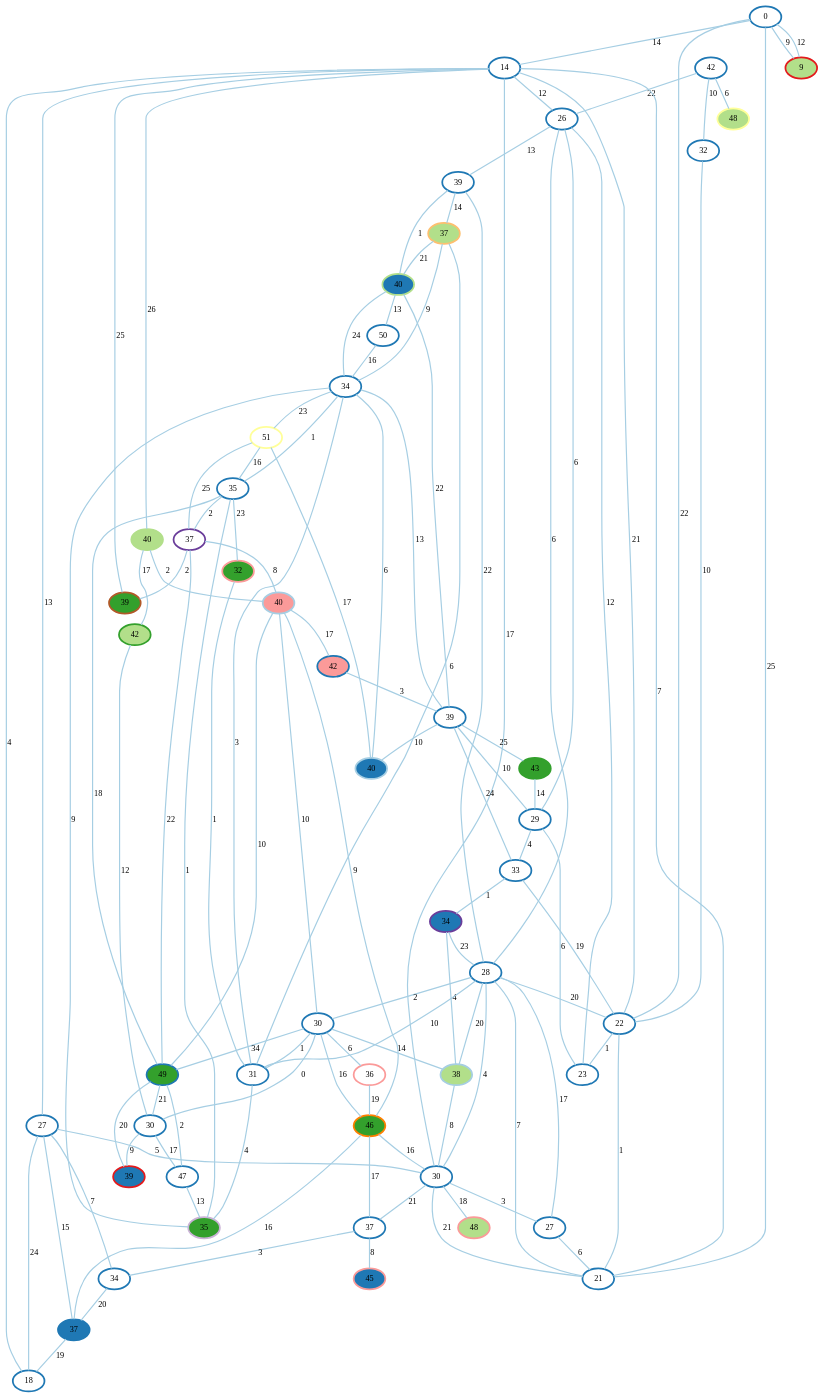
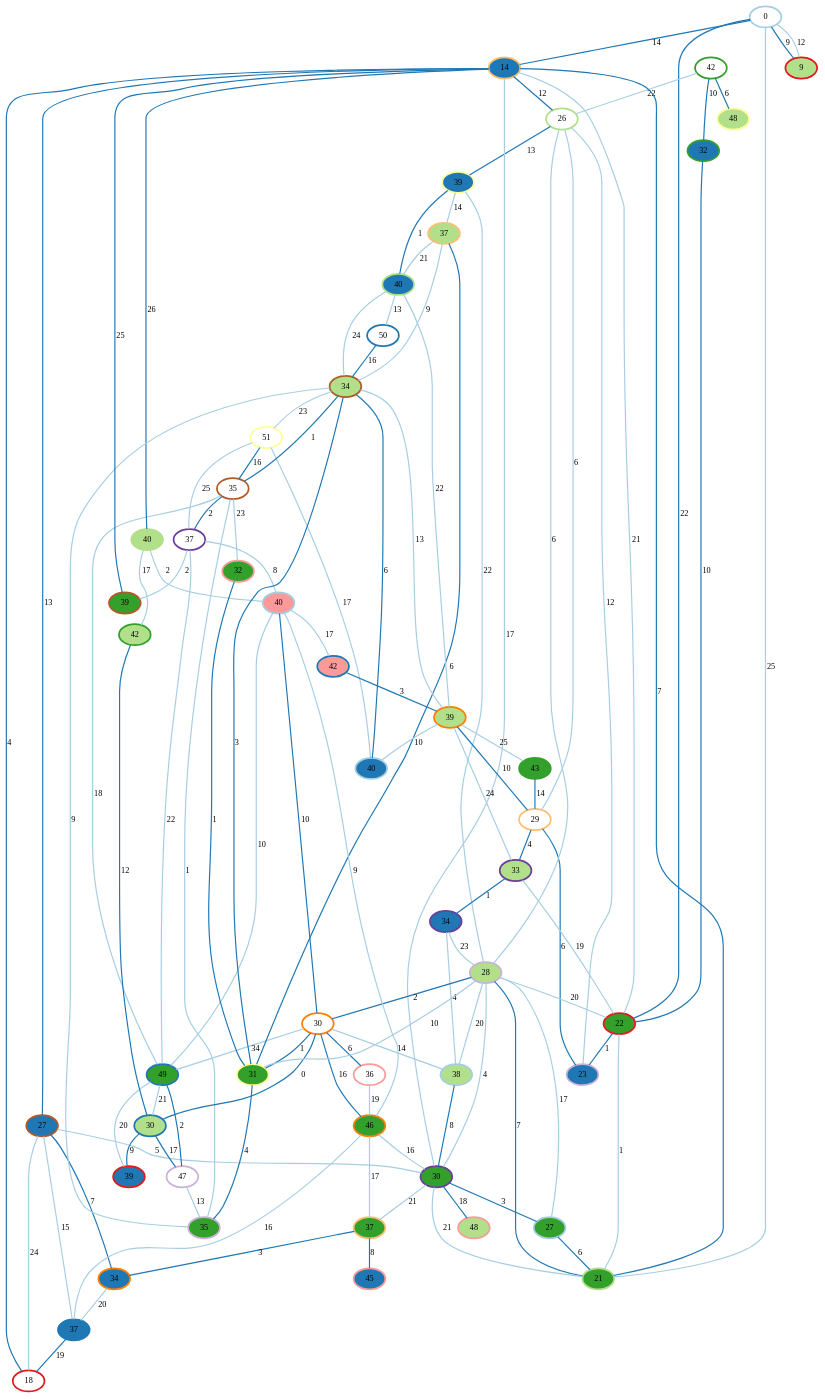
One commit to Pieterjaninfo/DSEA changed the diagram in resources/made_graphs/BellmanFordUndirected graph5.gr.dot. Above: the diagram before and after it, drawn with Graphviz. The commit also changed 9 other files, not shown here.

```diff
--- a/resources/made_graphs/BellmanFordUndirected graph5.gr.dot
+++ b/resources/made_graphs/BellmanFordUndirected graph5.gr.dot
@@ -1,159 +1,159 @@
 graph G {
-    0 [penwidth=3,label="0",color=2, colorscheme=paired12]
+    0 [penwidth=3,label="0",color=1, colorscheme=paired12]
     1 [penwidth=3,label="50",color=2, colorscheme=paired12]
-    2 [penwidth=3,label="26",color=2, colorscheme=paired12]
-    3 [penwidth=3,label="42",color=2, colorscheme=paired12]
+    2 [penwidth=3,label="26",color=3, colorscheme=paired12]
+    3 [penwidth=3,label="42",color=4, colorscheme=paired12]
     4 [penwidth=3,label="36",color=5, colorscheme=paired12]
-    5 [penwidth=3,label="18",color=2, colorscheme=paired12]
-    6 [penwidth=3,label="29",color=2, colorscheme=paired12]
-    7 [penwidth=3,label="30",color=2, colorscheme=paired12]
-    8 [penwidth=3,label="47",color=2, colorscheme=paired12]
+    5 [penwidth=3,label="18",color=6, colorscheme=paired12]
+    6 [penwidth=3,label="29",color=7, colorscheme=paired12]
+    7 [penwidth=3,label="30",color=8, colorscheme=paired12]
+    8 [penwidth=3,label="47",color=9, colorscheme=paired12]
     9 [penwidth=3,label="37",color=10, colorscheme=paired12]
     10 [penwidth=3,label="51",color=11, colorscheme=paired12]
-    11 [penwidth=3,label="35",color=2, colorscheme=paired12]
+    11 [penwidth=3,label="35",color=12, colorscheme=paired12]
     12 [penwidth=3,label="40",color=1, colorscheme=paired12,style=filled,fillcolor=2]
     13 [penwidth=3,label="37",color=2, colorscheme=paired12,style=filled,fillcolor=2]
     14 [penwidth=3,label="40",color=3, colorscheme=paired12,style=filled,fillcolor=2]
-    15 [penwidth=3,label="32",color=2, colorscheme=paired12]
+    15 [penwidth=3,label="32",color=4, colorscheme=paired12,style=filled,fillcolor=2]
     16 [penwidth=3,label="45",color=5, colorscheme=paired12,style=filled,fillcolor=2]
     17 [penwidth=3,label="39",color=6, colorscheme=paired12,style=filled,fillcolor=2]
-    18 [penwidth=3,label="14",color=2, colorscheme=paired12]
-    19 [penwidth=3,label="34",color=2, colorscheme=paired12]
-    20 [penwidth=3,label="23",color=2, colorscheme=paired12]
+    18 [penwidth=3,label="14",color=7, colorscheme=paired12,style=filled,fillcolor=2]
+    19 [penwidth=3,label="34",color=8, colorscheme=paired12,style=filled,fillcolor=2]
+    20 [penwidth=3,label="23",color=9, colorscheme=paired12,style=filled,fillcolor=2]
     21 [penwidth=3,label="34",color=10, colorscheme=paired12,style=filled,fillcolor=2]
-    22 [penwidth=3,label="39",color=2, colorscheme=paired12]
-    23 [penwidth=3,label="27",color=2, colorscheme=paired12]
+    22 [penwidth=3,label="39",color=11, colorscheme=paired12,style=filled,fillcolor=2]
+    23 [penwidth=3,label="27",color=12, colorscheme=paired12,style=filled,fillcolor=2]
     24 [penwidth=3,label="38",color=1, colorscheme=paired12,style=filled,fillcolor=3]
-    25 [penwidth=3,label="30",color=2, colorscheme=paired12]
+    25 [penwidth=3,label="30",color=2, colorscheme=paired12,style=filled,fillcolor=3]
     26 [penwidth=3,label="40",color=3, colorscheme=paired12,style=filled,fillcolor=3]
     27 [penwidth=3,label="42",color=4, colorscheme=paired12,style=filled,fillcolor=3]
     28 [penwidth=3,label="48",color=5, colorscheme=paired12,style=filled,fillcolor=3]
     29 [penwidth=3,label="9",color=6, colorscheme=paired12,style=filled,fillcolor=3]
     30 [penwidth=3,label="37",color=7, colorscheme=paired12,style=filled,fillcolor=3]
-    31 [penwidth=3,label="39",color=2, colorscheme=paired12]
-    32 [penwidth=3,label="28",color=2, colorscheme=paired12]
-    33 [penwidth=3,label="33",color=2, colorscheme=paired12]
+    31 [penwidth=3,label="39",color=8, colorscheme=paired12,style=filled,fillcolor=3]
+    32 [penwidth=3,label="28",color=9, colorscheme=paired12,style=filled,fillcolor=3]
+    33 [penwidth=3,label="33",color=10, colorscheme=paired12,style=filled,fillcolor=3]
     34 [penwidth=3,label="48",color=11, colorscheme=paired12,style=filled,fillcolor=3]
-    35 [penwidth=3,label="34",color=2, colorscheme=paired12]
-    36 [penwidth=3,label="27",color=2, colorscheme=paired12]
+    35 [penwidth=3,label="34",color=12, colorscheme=paired12,style=filled,fillcolor=3]
+    36 [penwidth=3,label="27",color=1, colorscheme=paired12,style=filled,fillcolor=4]
     37 [penwidth=3,label="49",color=2, colorscheme=paired12,style=filled,fillcolor=4]
-    38 [penwidth=3,label="21",color=2, colorscheme=paired12]
+    38 [penwidth=3,label="21",color=3, colorscheme=paired12,style=filled,fillcolor=4]
     39 [penwidth=3,label="43",color=4, colorscheme=paired12,style=filled,fillcolor=4]
     40 [penwidth=3,label="32",color=5, colorscheme=paired12,style=filled,fillcolor=4]
-    41 [penwidth=3,label="22",color=2, colorscheme=paired12]
-    42 [penwidth=3,label="37",color=2, colorscheme=paired12]
+    41 [penwidth=3,label="22",color=6, colorscheme=paired12,style=filled,fillcolor=4]
+    42 [penwidth=3,label="37",color=7, colorscheme=paired12,style=filled,fillcolor=4]
     43 [penwidth=3,label="46",color=8, colorscheme=paired12,style=filled,fillcolor=4]
     44 [penwidth=3,label="35",color=9, colorscheme=paired12,style=filled,fillcolor=4]
-    45 [penwidth=3,label="30",color=2, colorscheme=paired12]
-    46 [penwidth=3,label="31",color=2, colorscheme=paired12]
+    45 [penwidth=3,label="30",color=10, colorscheme=paired12,style=filled,fillcolor=4]
+    46 [penwidth=3,label="31",color=11, colorscheme=paired12,style=filled,fillcolor=4]
     47 [penwidth=3,label="39",color=12, colorscheme=paired12,style=filled,fillcolor=4]
     48 [penwidth=3,label="40",color=1, colorscheme=paired12,style=filled,fillcolor=5]
     49 [penwidth=3,label="42",color=2, colorscheme=paired12,style=filled,fillcolor=5]
 
-    11--9 [penwidth=2,label="2",color=1, colorscheme=paired12]
+    11--9 [penwidth=2,label="2",color=2, colorscheme=paired12]
     9--47 [penwidth=2,label="2",color=1, colorscheme=paired12]
     0--29 [penwidth=2,label="12",color=1, colorscheme=paired12]
     43--45 [penwidth=2,label="16",color=1, colorscheme=paired12]
     10--9 [penwidth=2,label="25",color=1, colorscheme=paired12]
-    3--15 [penwidth=2,label="10",color=1, colorscheme=paired12]
+    3--15 [penwidth=2,label="10",color=2, colorscheme=paired12]
     48--49 [penwidth=2,label="17",color=1, colorscheme=paired12]
     22--32 [penwidth=2,label="22",color=1, colorscheme=paired12]
-    33--21 [penwidth=2,label="1",color=1, colorscheme=paired12]
-    18--26 [penwidth=2,label="26",color=1, colorscheme=paired12]
+    33--21 [penwidth=2,label="1",color=2, colorscheme=paired12]
+    18--26 [penwidth=2,label="26",color=2, colorscheme=paired12]
     26--27 [penwidth=2,label="17",color=1, colorscheme=paired12]
-    49--31 [penwidth=2,label="3",color=1, colorscheme=paired12]
+    49--31 [penwidth=2,label="3",color=2, colorscheme=paired12]
     18--45 [penwidth=2,label="17",color=1, colorscheme=paired12]
     35--14 [penwidth=2,label="24",color=1, colorscheme=paired12]
-    48--7 [penwidth=2,label="10",color=1, colorscheme=paired12]
-    7--46 [penwidth=2,label="1",color=1, colorscheme=paired12]
-    11--35 [penwidth=2,label="1",color=1, colorscheme=paired12]
-    47--18 [penwidth=2,label="25",color=1, colorscheme=paired12]
+    48--7 [penwidth=2,label="10",color=2, colorscheme=paired12]
+    7--46 [penwidth=2,label="1",color=2, colorscheme=paired12]
+    11--35 [penwidth=2,label="1",color=2, colorscheme=paired12]
+    47--18 [penwidth=2,label="25",color=2, colorscheme=paired12]
     32--46 [penwidth=2,label="10",color=1, colorscheme=paired12]
-    36--38 [penwidth=2,label="6",color=1, colorscheme=paired12]
+    36--38 [penwidth=2,label="6",color=2, colorscheme=paired12]
     31--14 [penwidth=2,label="22",color=1, colorscheme=paired12]
-    45--28 [penwidth=2,label="18",color=1, colorscheme=paired12]
+    45--28 [penwidth=2,label="18",color=2, colorscheme=paired12]
     37--25 [penwidth=2,label="21",color=1, colorscheme=paired12]
     21--32 [penwidth=2,label="23",color=1, colorscheme=paired12]
-    25--17 [penwidth=2,label="9",color=1, colorscheme=paired12]
-    18--5 [penwidth=2,label="4",color=1, colorscheme=paired12]
+    25--17 [penwidth=2,label="9",color=2, colorscheme=paired12]
+    18--5 [penwidth=2,label="4",color=2, colorscheme=paired12]
     11--37 [penwidth=2,label="18",color=1, colorscheme=paired12]
     7--24 [penwidth=2,label="14",color=1, colorscheme=paired12]
     31--33 [penwidth=2,label="24",color=1, colorscheme=paired12]
-    32--7 [penwidth=2,label="2",color=1, colorscheme=paired12]
+    32--7 [penwidth=2,label="2",color=2, colorscheme=paired12]
     45--38 [penwidth=2,label="21",color=1, colorscheme=paired12]
-    38--18 [penwidth=2,label="7",color=1, colorscheme=paired12]
-    20--6 [penwidth=2,label="6",color=1, colorscheme=paired12]
-    6--33 [penwidth=2,label="4",color=1, colorscheme=paired12]
-    25--7 [penwidth=2,label="0",color=1, colorscheme=paired12]
+    38--18 [penwidth=2,label="7",color=2, colorscheme=paired12]
+    20--6 [penwidth=2,label="6",color=2, colorscheme=paired12]
+    6--33 [penwidth=2,label="4",color=2, colorscheme=paired12]
+    25--7 [penwidth=2,label="0",color=2, colorscheme=paired12]
     9--48 [penwidth=2,label="8",color=1, colorscheme=paired12]
-    0--18 [penwidth=2,label="14",color=1, colorscheme=paired12]
+    0--18 [penwidth=2,label="14",color=2, colorscheme=paired12]
     26--48 [penwidth=2,label="2",color=1, colorscheme=paired12]
-    37--8 [penwidth=2,label="2",color=1, colorscheme=paired12]
-    18--2 [penwidth=2,label="12",color=1, colorscheme=paired12]
-    18--23 [penwidth=2,label="13",color=1, colorscheme=paired12]
-    41--20 [penwidth=2,label="1",color=1, colorscheme=paired12]
+    37--8 [penwidth=2,label="2",color=2, colorscheme=paired12]
+    18--2 [penwidth=2,label="12",color=2, colorscheme=paired12]
+    18--23 [penwidth=2,label="13",color=2, colorscheme=paired12]
+    41--20 [penwidth=2,label="1",color=2, colorscheme=paired12]
     17--37 [penwidth=2,label="20",color=1, colorscheme=paired12]
     11--44 [penwidth=2,label="1",color=1, colorscheme=paired12]
     31--39 [penwidth=2,label="25",color=1, colorscheme=paired12]
     35--44 [penwidth=2,label="9",color=1, colorscheme=paired12]
-    12--35 [penwidth=2,label="6",color=1, colorscheme=paired12]
-    32--38 [penwidth=2,label="7",color=1, colorscheme=paired12]
+    12--35 [penwidth=2,label="6",color=2, colorscheme=paired12]
+    32--38 [penwidth=2,label="7",color=2, colorscheme=paired12]
     35--30 [penwidth=2,label="9",color=1, colorscheme=paired12]
     11--40 [penwidth=2,label="23",color=1, colorscheme=paired12]
     41--33 [penwidth=2,label="19",color=1, colorscheme=paired12]
     23--45 [penwidth=2,label="5",color=1, colorscheme=paired12]
     21--24 [penwidth=2,label="4",color=1, colorscheme=paired12]
     42--43 [penwidth=2,label="17",color=1, colorscheme=paired12]
-    0--41 [penwidth=2,label="22",color=1, colorscheme=paired12]
-    27--25 [penwidth=2,label="12",color=1, colorscheme=paired12]
-    7--43 [penwidth=2,label="16",color=1, colorscheme=paired12]
+    0--41 [penwidth=2,label="22",color=2, colorscheme=paired12]
+    27--25 [penwidth=2,label="12",color=2, colorscheme=paired12]
+    7--43 [penwidth=2,label="16",color=2, colorscheme=paired12]
     7--37 [penwidth=2,label="34",color=1, colorscheme=paired12]
-    31--6 [penwidth=2,label="10",color=1, colorscheme=paired12]
+    31--6 [penwidth=2,label="10",color=2, colorscheme=paired12]
     23--5 [penwidth=2,label="24",color=1, colorscheme=paired12]
-    45--36 [penwidth=2,label="3",color=1, colorscheme=paired12]
-    10--11 [penwidth=2,label="16",color=1, colorscheme=paired12]
-    30--46 [penwidth=2,label="6",color=1, colorscheme=paired12]
+    45--36 [penwidth=2,label="3",color=2, colorscheme=paired12]
+    10--11 [penwidth=2,label="16",color=2, colorscheme=paired12]
+    30--46 [penwidth=2,label="6",color=2, colorscheme=paired12]
     37--9 [penwidth=2,label="22",color=1, colorscheme=paired12]
     32--2 [penwidth=2,label="6",color=1, colorscheme=paired12]
-    42--16 [penwidth=2,label="8",color=1, colorscheme=paired12]
+    42--16 [penwidth=2,label="8",color=2, colorscheme=paired12]
     32--24 [penwidth=2,label="20",color=1, colorscheme=paired12]
     22--30 [penwidth=2,label="14",color=1, colorscheme=paired12]
-    13--5 [penwidth=2,label="19",color=1, colorscheme=paired12]
-    23--19 [penwidth=2,label="7",color=1, colorscheme=paired12]
+    13--5 [penwidth=2,label="19",color=2, colorscheme=paired12]
+    23--19 [penwidth=2,label="7",color=2, colorscheme=paired12]
     14--1 [penwidth=2,label="13",color=1, colorscheme=paired12]
-    1--35 [penwidth=2,label="16",color=1, colorscheme=paired12]
-    7--4 [penwidth=2,label="6",color=1, colorscheme=paired12]
+    1--35 [penwidth=2,label="16",color=2, colorscheme=paired12]
+    7--4 [penwidth=2,label="6",color=2, colorscheme=paired12]
     8--44 [penwidth=2,label="13",color=1, colorscheme=paired12]
-    14--22 [penwidth=2,label="1",color=1, colorscheme=paired12]
+    14--22 [penwidth=2,label="1",color=2, colorscheme=paired12]
     30--14 [penwidth=2,label="21",color=1, colorscheme=paired12]
     45--42 [penwidth=2,label="21",color=1, colorscheme=paired12]
     20--2 [penwidth=2,label="12",color=1, colorscheme=paired12]
     43--48 [penwidth=2,label="9",color=1, colorscheme=paired12]
     38--0 [penwidth=2,label="25",color=1, colorscheme=paired12]
     31--12 [penwidth=2,label="10",color=1, colorscheme=paired12]
-    24--45 [penwidth=2,label="8",color=1, colorscheme=paired12]
-    40--46 [penwidth=2,label="1",color=1, colorscheme=paired12]
+    24--45 [penwidth=2,label="8",color=2, colorscheme=paired12]
+    40--46 [penwidth=2,label="1",color=2, colorscheme=paired12]
     23--13 [penwidth=2,label="15",color=1, colorscheme=paired12]
     19--13 [penwidth=2,label="20",color=1, colorscheme=paired12]
-    3--34 [penwidth=2,label="6",color=1, colorscheme=paired12]
+    3--34 [penwidth=2,label="6",color=2, colorscheme=paired12]
     32--36 [penwidth=2,label="17",color=1, colorscheme=paired12]
     31--35 [penwidth=2,label="13",color=1, colorscheme=paired12]
     32--45 [penwidth=2,label="4",color=1, colorscheme=paired12]
-    15--41 [penwidth=2,label="10",color=1, colorscheme=paired12]
+    15--41 [penwidth=2,label="10",color=2, colorscheme=paired12]
     3--2 [penwidth=2,label="22",color=1, colorscheme=paired12]
     10--12 [penwidth=2,label="17",color=1, colorscheme=paired12]
     6--2 [penwidth=2,label="6",color=1, colorscheme=paired12]
-    46--35 [penwidth=2,label="3",color=1, colorscheme=paired12]
+    46--35 [penwidth=2,label="3",color=2, colorscheme=paired12]
     18--41 [penwidth=2,label="21",color=1, colorscheme=paired12]
     4--43 [penwidth=2,label="19",color=1, colorscheme=paired12]
-    25--8 [penwidth=2,label="17",color=1, colorscheme=paired12]
-    29--0 [penwidth=2,label="9",color=1, colorscheme=paired12]
-    39--6 [penwidth=2,label="14",color=1, colorscheme=paired12]
+    25--8 [penwidth=2,label="17",color=2, colorscheme=paired12]
+    29--0 [penwidth=2,label="9",color=2, colorscheme=paired12]
+    39--6 [penwidth=2,label="14",color=2, colorscheme=paired12]
     32--41 [penwidth=2,label="20",color=1, colorscheme=paired12]
-    2--22 [penwidth=2,label="13",color=1, colorscheme=paired12]
+    2--22 [penwidth=2,label="13",color=2, colorscheme=paired12]
     37--48 [penwidth=2,label="10",color=1, colorscheme=paired12]
-    42--19 [penwidth=2,label="3",color=1, colorscheme=paired12]
-    46--44 [penwidth=2,label="4",color=1, colorscheme=paired12]
+    42--19 [penwidth=2,label="3",color=2, colorscheme=paired12]
+    46--44 [penwidth=2,label="4",color=2, colorscheme=paired12]
     35--10 [penwidth=2,label="23",color=1, colorscheme=paired12]
     41--38 [penwidth=2,label="1",color=1, colorscheme=paired12]
     43--13 [penwidth=2,label="16",color=1, colorscheme=paired12]
```
